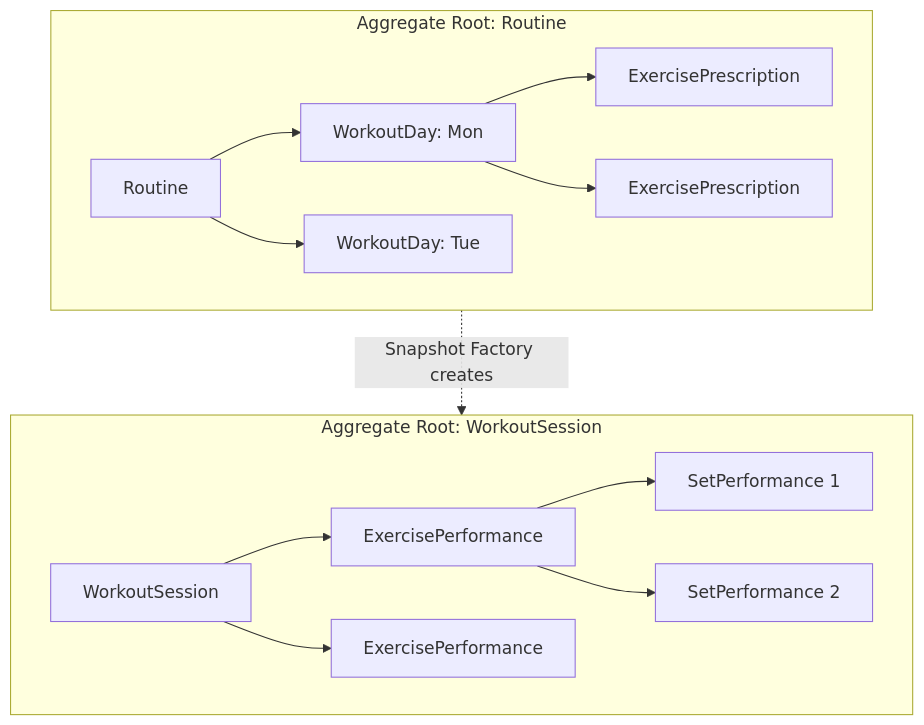
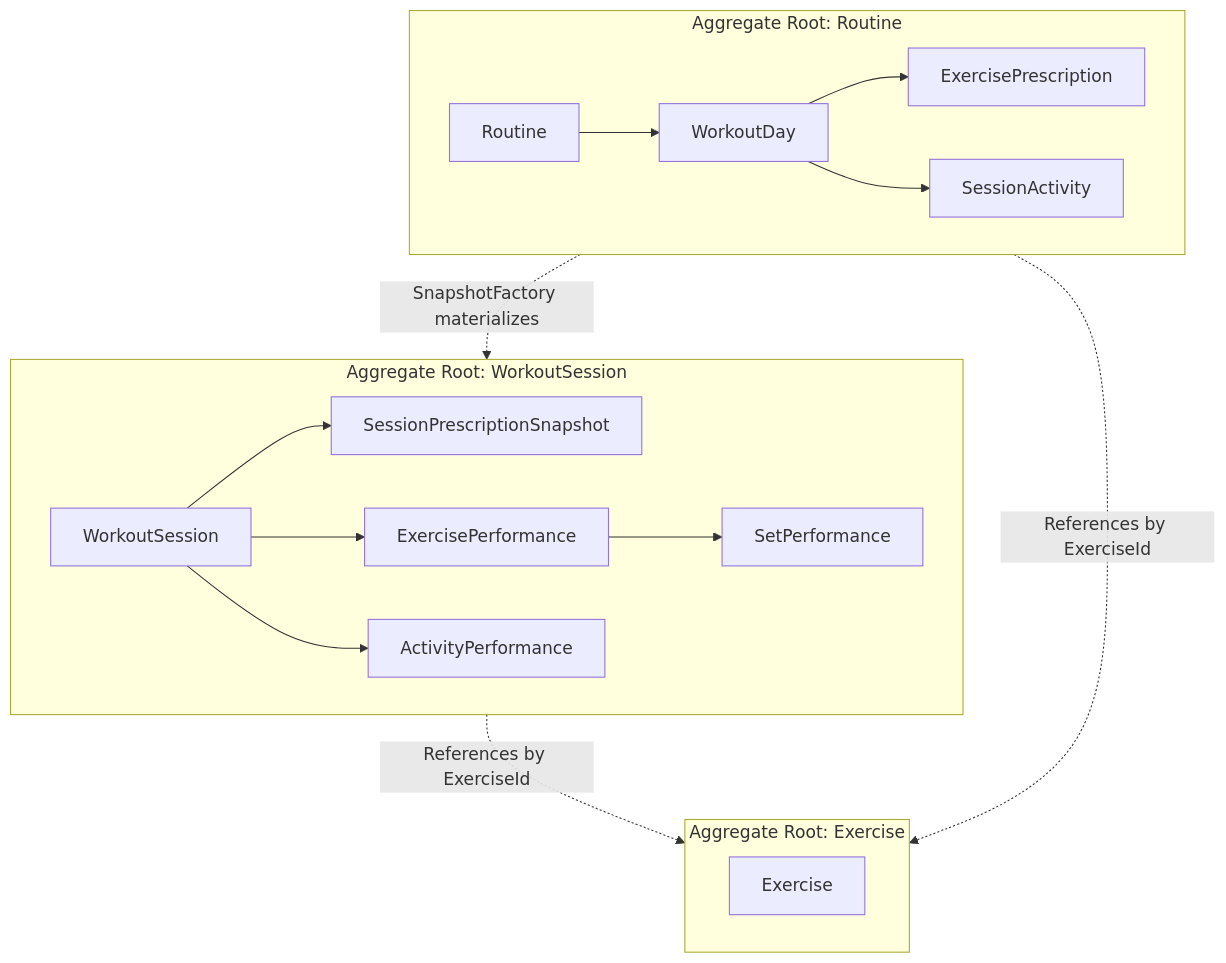
Before and after one commit to kiskaadee/praxis: the second of 6 diagrams in docs/praxis-domain-model.md, drawn with Mermaid. The commit also changed other lines of this file and 4 other files, not shown here.

````diff
--- a/docs/praxis-domain-model.md
+++ b/docs/praxis-domain-model.md
@@ -180,18 +244,23 @@
 ```mermaid
 graph TD
     subgraph Aggregate_Routine["Aggregate Root: Routine"]
-        R_Root[Routine] --> WD1[WorkoutDay: Mon]
-        R_Root --> WD2[WorkoutDay: Tue]
-        WD1 --> EP1[ExercisePrescription]
-        WD1 --> EP2[ExercisePrescription]
+        R[Routine] --> WD[WorkoutDay]
+        WD --> EP[ExercisePrescription]
+        WD --> SA[SessionActivity]
+    end
+
+    subgraph Aggregate_Exercise["Aggregate Root: Exercise"]
+        EX[Exercise]
     end
 
     subgraph Aggregate_WorkoutSession["Aggregate Root: WorkoutSession"]
-        WS_Root[WorkoutSession] --> EPF1[ExercisePerformance]
-        WS_Root --> EPF2[ExercisePerformance]
-        EPF1 --> SP1[SetPerformance 1]
-        EPF1 --> SP2[SetPerformance 2]
+        WS[WorkoutSession] --> SPS[SessionPrescriptionSnapshot]
+        WS --> EPF[ExercisePerformance]
+        WS --> APF[ActivityPerformance]
+        EPF --> SP[SetPerformance]
     end
 
-    Aggregate_Routine -.->|Snapshot Factory creates| Aggregate_WorkoutSession
+    Aggregate_Routine -.->|SnapshotFactory materializes| Aggregate_WorkoutSession
+    Aggregate_WorkoutSession -.->|References by ExerciseId| Aggregate_Exercise
+    Aggregate_Routine -.->|References by ExerciseId| Aggregate_Exercise
 ```
````
